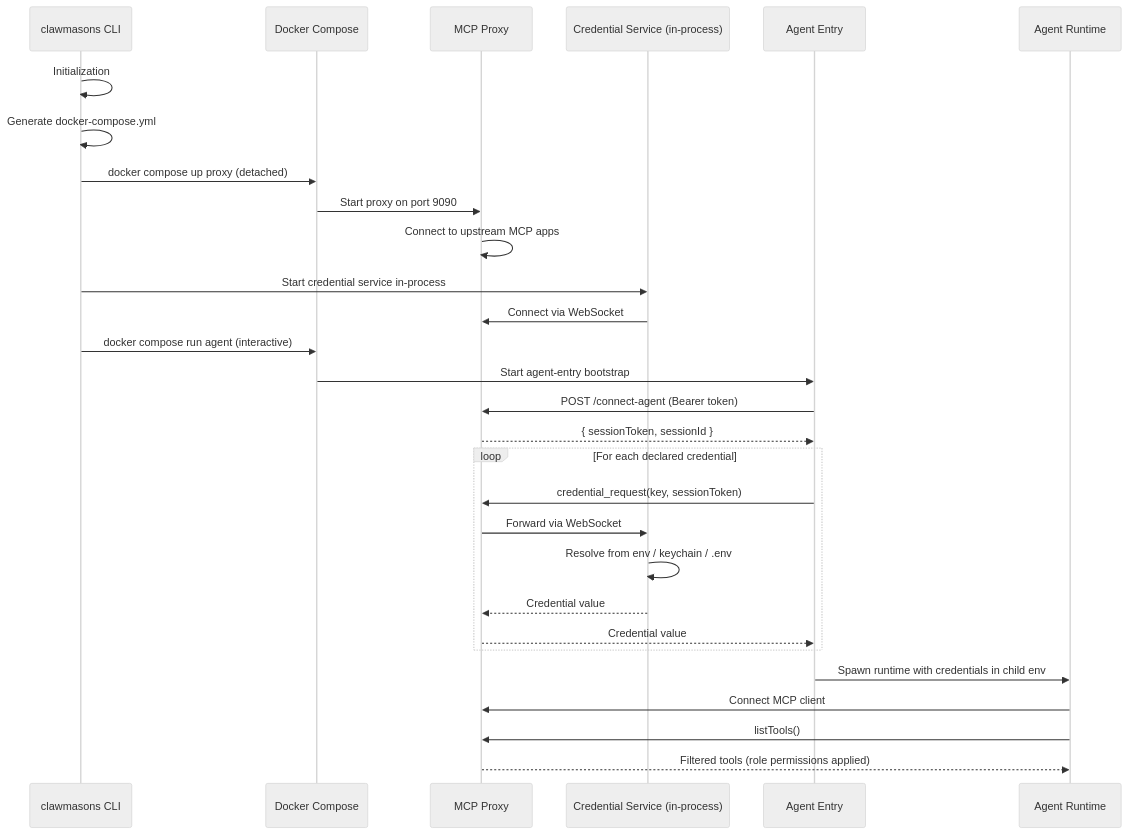
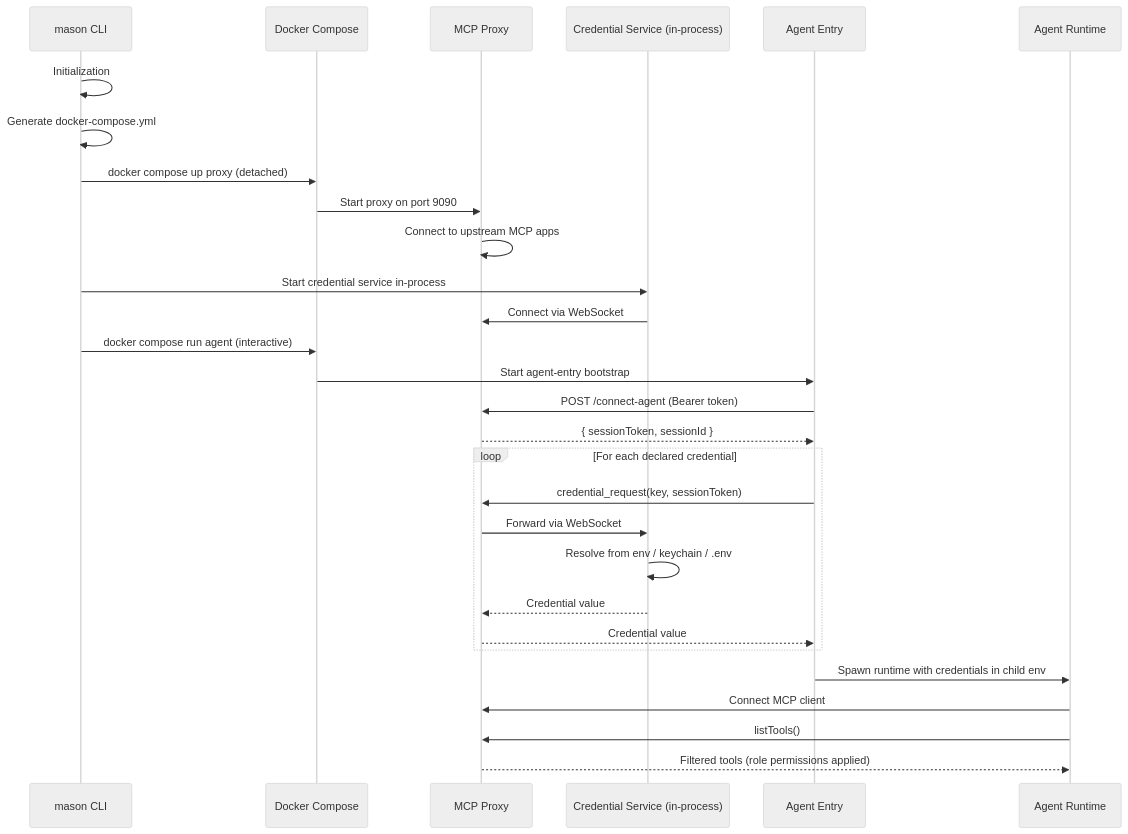
The second of 5 diagrams in docs/architecture.md (clawmasons/mason), drawn with Mermaid (neutral theme) before and after one commit. The commit also changed other lines of this file and 9 other files, not shown here.

````diff
--- a/docs/architecture.md
+++ b/docs/architecture.md
@@ -30,34 +30,34 @@
 ```mermaid
 sequenceDiagram
-    participant CLI as clawmasons CLI
+    participant CLI as mason CLI
     participant DC as Docker Compose
     participant Proxy as MCP Proxy
     participant CS as Credential Service (in-process)
     participant AE as Agent Entry
     participant Agent as Agent Runtime
 
     CLI->>CLI: Initialization
     CLI->>CLI: Generate docker-compose.yml
     CLI->>DC: docker compose up proxy (detached)
     DC->>Proxy: Start proxy on port 9090
     Proxy->>Proxy: Connect to upstream MCP apps
     CLI->>CS: Start credential service in-process
     CS->>Proxy: Connect via WebSocket
     CLI->>DC: docker compose run agent (interactive)
     DC->>AE: Start agent-entry bootstrap
     AE->>Proxy: POST /connect-agent (Bearer token)
     Proxy-->>AE: { sessionToken, sessionId }
 
     loop For each declared credential
         AE->>Proxy: credential_request(key, sessionToken)
         Proxy->>CS: Forward via WebSocket
         CS->>CS: Resolve from env / keychain / .env
         CS-->>Proxy: Credential value
         Proxy-->>AE: Credential value
     end
 
     AE->>Agent: Spawn runtime with credentials in child env
     Agent->>Proxy: Connect MCP client
     Agent->>Proxy: listTools()
     Proxy-->>Agent: Filtered tools (role permissions applied)
 ```
````
